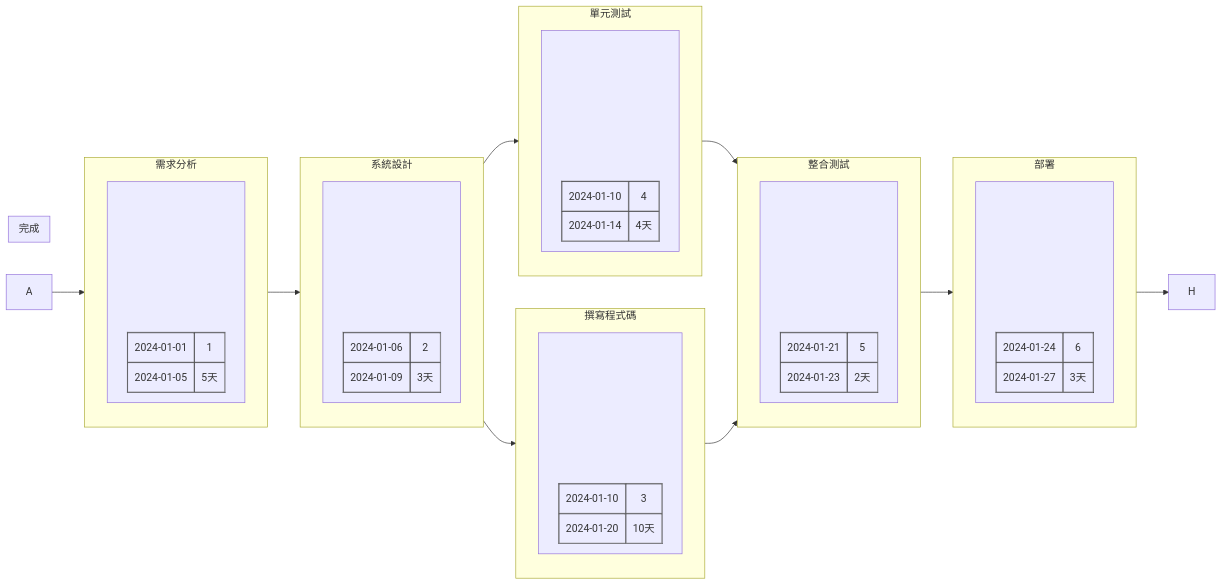
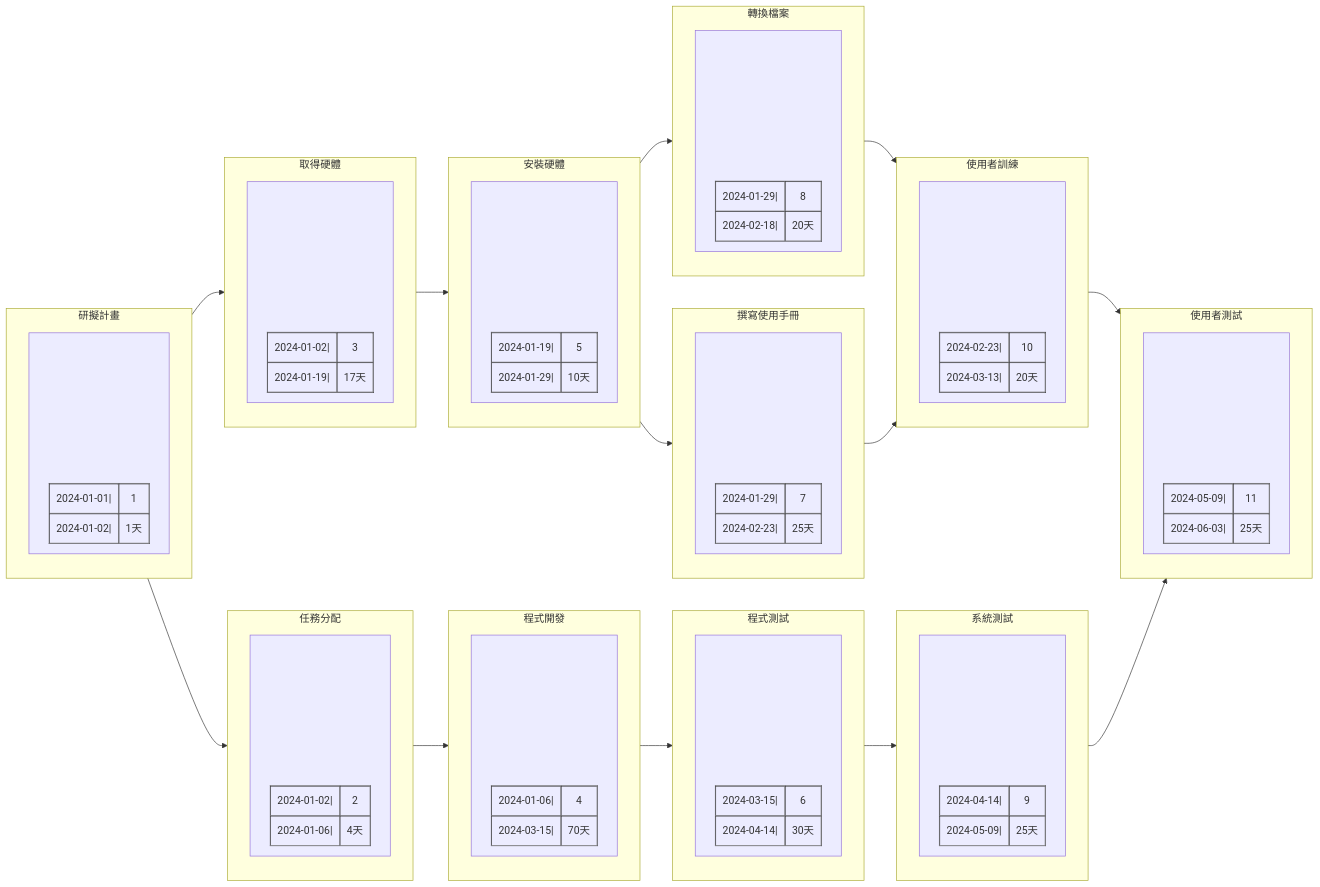
The second of 2 diagrams in hw2.md (C111118235/hw2), drawn with Mermaid before and after one commit. The commit also changed other lines of this file, not shown here.

````diff
--- a/hw2.md
+++ b/hw2.md
@@ -44,94 +44,164 @@
 ```mermaid
 graph LR;
-    subgraph "需求分析"
+    subgraph "研擬計畫"
         direction TB
-        B1["<table border='1' cellspacing='0' cellpadding='10' style='width: 100%;'>
+        T1["<table border='1' cellspacing='0' cellpadding='10' style='width: 100%;'>
             <tr>
-                <td style='text-align: center;'>2024-01-01</td>
+                <td style='text-align: center;'>2024-01-01|</td>
                 <td style='text-align: center;'>1</td>
             </tr>
             <tr>
-                <td style='text-align: center;'>2024-01-05</td>
-                <td style='text-align: center;'>5天</td>
+                <td style='text-align: center;'>2024-01-02|</td>
+                <td style='text-align: center;'>1天</td>
             </tr>
         </table>"]
     end
 
-    subgraph "系統設計"
+    subgraph "任務分配"
         direction TB
-        C1["<table border='1' cellspacing='0' cellpadding='10' style='width: 100%;'>
+        T2["<table border='1' cellspacing='0' cellpadding='10' style='width: 100%;'>
             <tr>
-                <td style='text-align: center;'>2024-01-06</td>
+                <td style='text-align: center;'>2024-01-02|</td>
                 <td style='text-align: center;'>2</td>
             </tr>
             <tr>
-                <td style='text-align: center;'>2024-01-09</td>
-                <td style='text-align: center;'>3天</td>
+                <td style='text-align: center;'>2024-01-06|</td>
+                <td style='text-align: center;'>4天</td>
             </tr>
         </table>"]
     end
 
-    subgraph "撰寫程式碼"
+    subgraph "取得硬體"
         direction TB
-        D1["<table border='1' cellspacing='0' cellpadding='10' style='width: 100%;'>
+        T3["<table border='1' cellspacing='0' cellpadding='10' style='width: 100%;'>
             <tr>
-                <td style='text-align: center;'>2024-01-10</td>
+                <td style='text-align: center;'>2024-01-02|</td>
                 <td style='text-align: center;'>3</td>
             </tr>
             <tr>
-                <td style='text-align: center;'>2024-01-20</td>
+                <td style='text-align: center;'>2024-01-19|</td>
+                <td style='text-align: center;'>17天</td>
+            </tr>
+        </table>"]
+    end
+
+    subgraph "程式開發"
+        direction TB
+        T4["<table border='1' cellspacing='0' cellpadding='10' style='width: 100%;'>
+            <tr>
+                <td style='text-align: center;'>2024-01-06|</td>
+                <td style='text-align: center;'>4</td>
+            </tr>
+            <tr>
+                <td style='text-align: center;'>2024-03-15|</td>
+                <td style='text-align: center;'>70天</td>
+            </tr>
+        </table>"]
+    end
+
+    subgraph "安裝硬體"
+        direction TB
+        T5["<table border='1' cellspacing='0' cellpadding='10' style='width: 100%;'>
+            <tr>
+                <td style='text-align: center;'>2024-01-19|</td>
+                <td style='text-align: center;'>5</td>
+            </tr>
+            <tr>
+                <td style='text-align: center;'>2024-01-29|</td>
                 <td style='text-align: center;'>10天</td>
             </tr>
         </table>"]
     end
 
-    subgraph "單元測試"
+    subgraph "程式測試"
         direction TB
-        E1["<table border='1' cellspacing='0' cellpadding='10' style='width: 100%;'>
+        T6["<table border='1' cellspacing='0' cellpadding='10' style='width: 100%;'>
             <tr>
-                <td style='text-align: center;'>2024-01-10</td>
-                <td style='text-align: center;'>4</td>
+                <td style='text-align: center;'>2024-03-15|</td>
+                <td style='text-align: center;'>6</td>
             </tr>
             <tr>
-                <td style='text-align: center;'>2024-01-14</td>
-                <td style='text-align: center;'>4天</td>
+                <td style='text-align: center;'>2024-04-14|</td>
+                <td style='text-align: center;'>30天</td>
             </tr>
         </table>"]
     end
 
-    subgraph "整合測試"
+    subgraph "撰寫使用手冊"
         direction TB
-        F1["<table border='1' cellspacing='0' cellpadding='10' style='width: 100%;'>
+        T7["<table border='1' cellspacing='0' cellpadding='10' style='width: 100%;'>
             <tr>
-                <td style='text-align: center;'>2024-01-21</td>
-                <td style='text-align: center;'>5</td>
+                <td style='text-align: center;'>2024-01-29|</td>
+                <td style='text-align: center;'>7</td>
             </tr>
             <tr>
-                <td style='text-align: center;'>2024-01-23</td>
-                <td style='text-align: center;'>2天</td>
+                <td style='text-align: center;'>2024-02-23|</td>
+                <td style='text-align: center;'>25天</td>
             </tr>
         </table>"]
     end
 
-    subgraph "部署"
+    subgraph "轉換檔案"
         direction TB
-        G1["<table border='1' cellspacing='0' cellpadding='10' style='width: 100%;'>
+        T8["<table border='1' cellspacing='0' cellpadding='10' style='width: 100%;'>
             <tr>
-                <td style='text-align: center;'>2024-01-24</td>
-                <td style='text-align: center;'>6</td>
+                <td style='text-align: center;'>2024-01-29|</td>
+                <td style='text-align: center;'>8</td>
             </tr>
             <tr>
-                <td style='text-align: center;'>2024-01-27</td>
-                <td style='text-align: center;'>3天</td>
+                <td style='text-align: center;'>2024-02-18|</td>
+                <td style='text-align: center;'>20天</td>
             </tr>
         </table>"]
     end
 
-    subgraph "完成"
+    subgraph "系統測試"
+        direction TB
+        T9["<table border='1' cellspacing='0' cellpadding='10' style='width: 100%;'>
+            <tr>
+                <td style='text-align: center;'>2024-04-14|</td>
+                <td style='text-align: center;'>9</td>
+            </tr>
+            <tr>
+                <td style='text-align: center;'>2024-05-09|</td>
+                <td style='text-align: center;'>25天</td>
+            </tr>
+        </table>"]
     end
 
-    A --> B1 --> C1 --> D1 --> F1 --> G1 --> H;
-    C1 --> E1 --> F1;
+    subgraph "使用者訓練"
+        direction TB
+        T10["<table border='1' cellspacing='0' cellpadding='10' style='width: 100%;'>
+            <tr>
+                <td style='text-align: center;'>2024-02-23|</td>
+                <td style='text-align: center;'>10</td>
+            </tr>
+            <tr>
+                <td style='text-align: center;'>2024-03-13|</td>
+                <td style='text-align: center;'>20天</td>
+            </tr>
+        </table>"]
+    end
+
+    subgraph "使用者測試"
+        direction TB
+        T11["<table border='1' cellspacing='0' cellpadding='10' style='width: 100%;'>
+            <tr>
+                <td style='text-align: center;'>2024-05-09|</td>
+                <td style='text-align: center;'>11</td>
+            </tr>
+            <tr>
+                <td style='text-align: center;'>2024-06-03|</td>
+                <td style='text-align: center;'>25天</td>
+            </tr>
+        </table>"]
+    end
+
+
+
+    T1 --> T2 --> T4 --> T6 --> T9 --> T11;
+    T1 --> T3 --> T5 --> T7 --> T10 --> T11;
+    T5 --> T8 --> T10;
 
 
 ```
````
